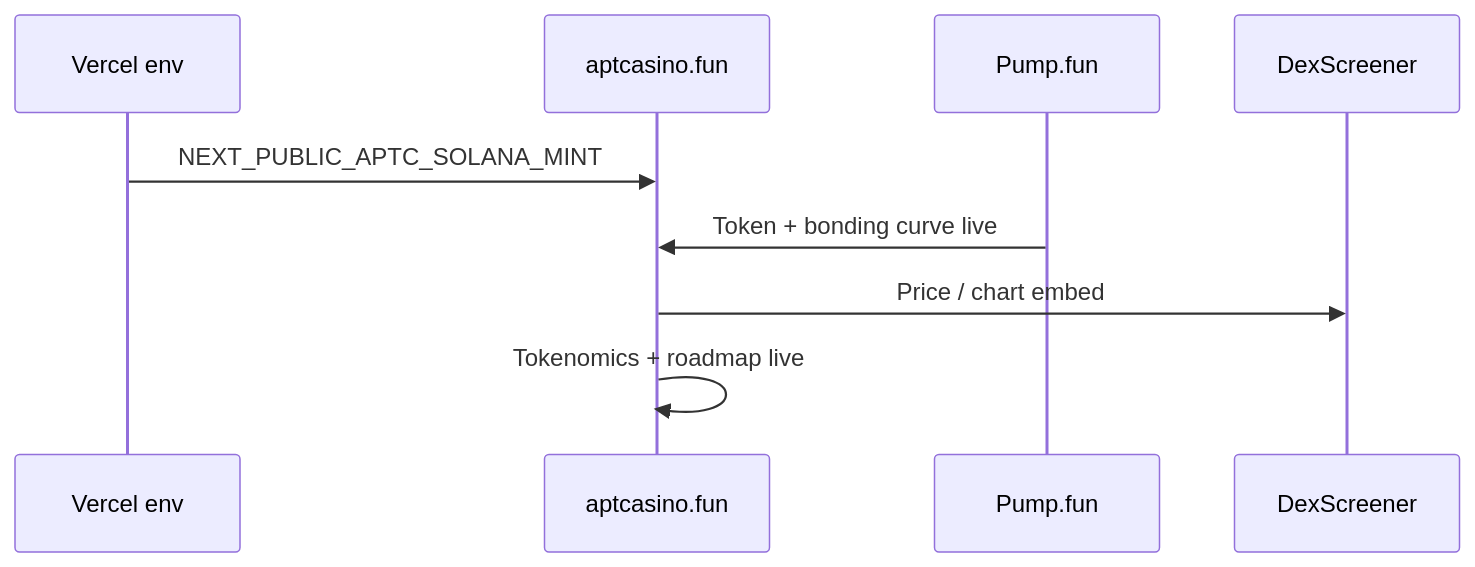
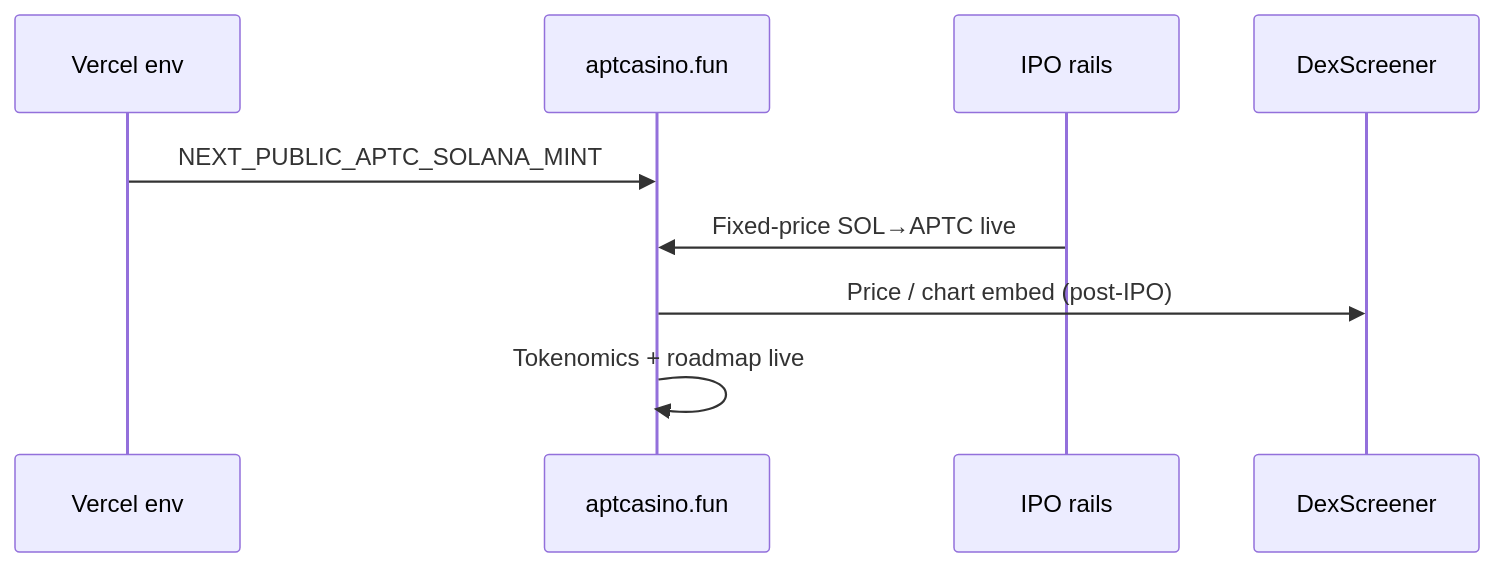
Before and after one commit to AmaanSayyad/apt-casino: the first of 4 diagrams in mainnet.md, drawn with Mermaid. The commit also changed other lines of this file and 107 other files, not shown here.

First line of the commit message:
Ship $APTC public IPO rails and replace Pump.fun launch path.

````diff
--- a/mainnet.md
+++ b/mainnet.md
@@ -21,12 +20,12 @@
 ```mermaid
 sequenceDiagram
     participant Env as Vercel env
     participant Site as aptcasino.fun
-    participant P as Pump.fun
+    participant IPO as IPO rails
     participant DS as DexScreener
 
     Env->>Site: NEXT_PUBLIC_APTC_SOLANA_MINT
-    P->>Site: Token + bonding curve live
-    Site->>DS: Price / chart embed
+    IPO->>Site: Fixed-price SOL→APTC live
+    Site->>DS: Price / chart embed (post-IPO)
     Site->>Site: Tokenomics + roadmap live
 ```
````
